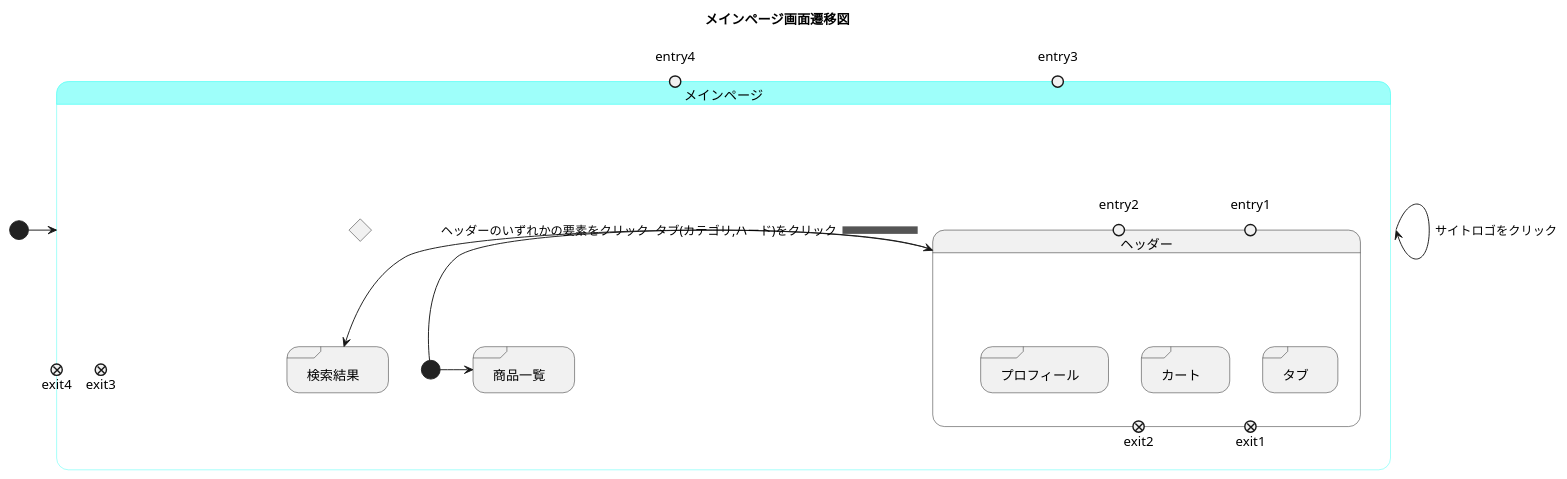
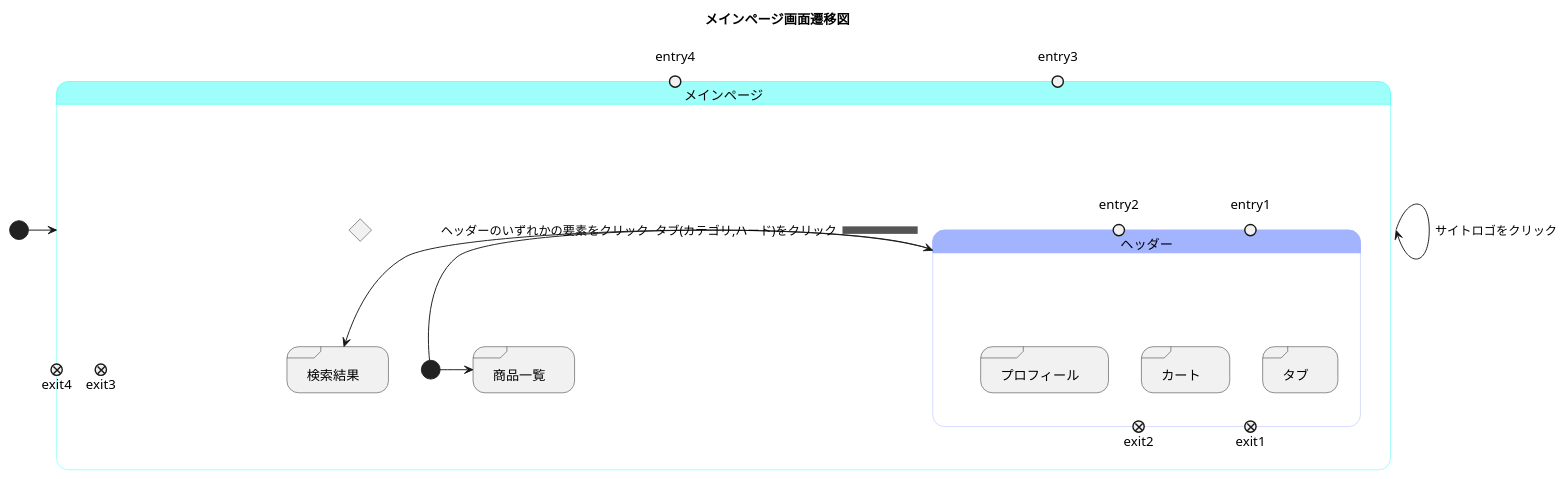
Before and after one commit to akutori/T-D-E: the diagram in メインページ.md, drawn with PlantUML.

Commit message:
色の変更

````diff
--- a/メインページ.md
+++ b/メインページ.md
@@ -1,39 +1,41 @@
 ```uml
 @startuml
 title メインページ画面遷移図
 
 [*]->メインページ
 state メインページ<<mainpage>>{
     state join_header <<join>>
     state ifinputmain <<choice>>
 
     state "検索結果" as serch <<sdlreceive>>
     state "商品一覧" as goods<<sdlreceive>>
 
     state entry3<<entryPoint>>
     state entry4<<entryPoint>>
 
     state exit3<<exitPoint>>
     state exit4<<exitPoint>>
 
     [*]->goods
     メインページ -> メインページ : サイトロゴをクリック
     [*]-> ヘッダー : ヘッダーのいずれかの要素をクリック
     ヘッダー->serch :タブ(カテゴリ,ハード)をクリック
     state ヘッダー<<state_headder>>{
     state "タブ" as tab <<sdlreceive>>
     state "カート" as cart <<sdlreceive>>
     state "プロフィール" as profile <<sdlreceive>>
     state entry1<<entryPoint>>
     state entry2<<entryPoint>>
     state exit1<<exitPoint>>
     state exit2<<exitPoint>>
 }
 }
 
 
 skinparam stateBorderColor<<mainpage>> #40fff5
 state メインページ #9efffa
 
+skinparam stateBorderColor<<state_headder>> #a3b4ff
+state ヘッダー #a3b4ff
 @enduml
 ```
````
